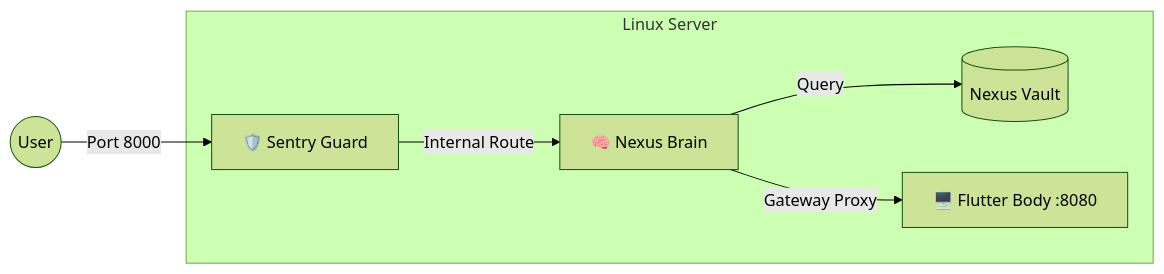
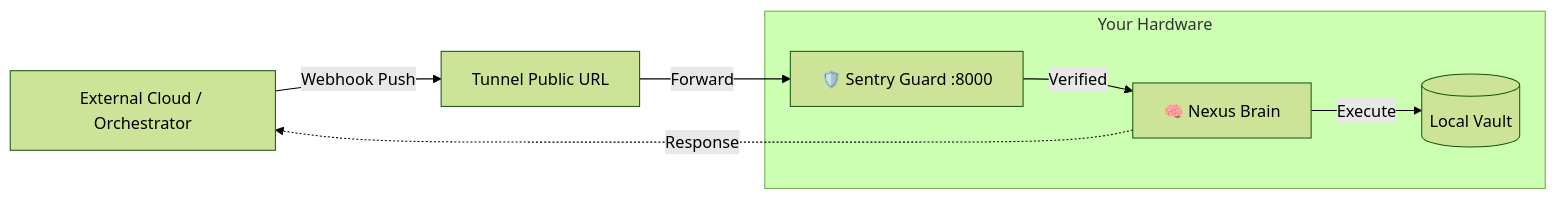
One commit to arhantbarmate/nexus-core changed the diagram in docs/INSTALL.md. Above: the diagram before and after it, drawn with Mermaid (forest theme). The commit also changed other lines of this file, not shown here.

````diff
--- a/docs/INSTALL.md
+++ b/docs/INSTALL.md
@@ -7,9 +12,12 @@
 ```mermaid
 graph LR
-    User((User)) -->|Port 8000| Sentry[🛡️ Sentry Guard]
-    subgraph Sovereign_Node [Linux Server]
-        Sentry -->|Internal Route| Brain[🧠 Nexus Brain]
-        Brain -->|Query| Vault[(Nexus Vault)]
-        Brain -->|Gateway Proxy| Body[🖥️ Flutter Body :8080]
+    Client[External Cloud / Orchestrator] -->|Webhook Push| Tunnel[Tunnel Public URL]
+    Tunnel -->|Forward| Sentry[🛡️ Sentry Guard :8000]
+    
+    subgraph Local_Device [Your Hardware]
+        Sentry -->|Verified| Brain[🧠 Nexus Brain]
+        Brain -->|Execute| Vault[(Local Vault)]
     end
+    
+    Brain -.->|Response| Client
 ```
````
